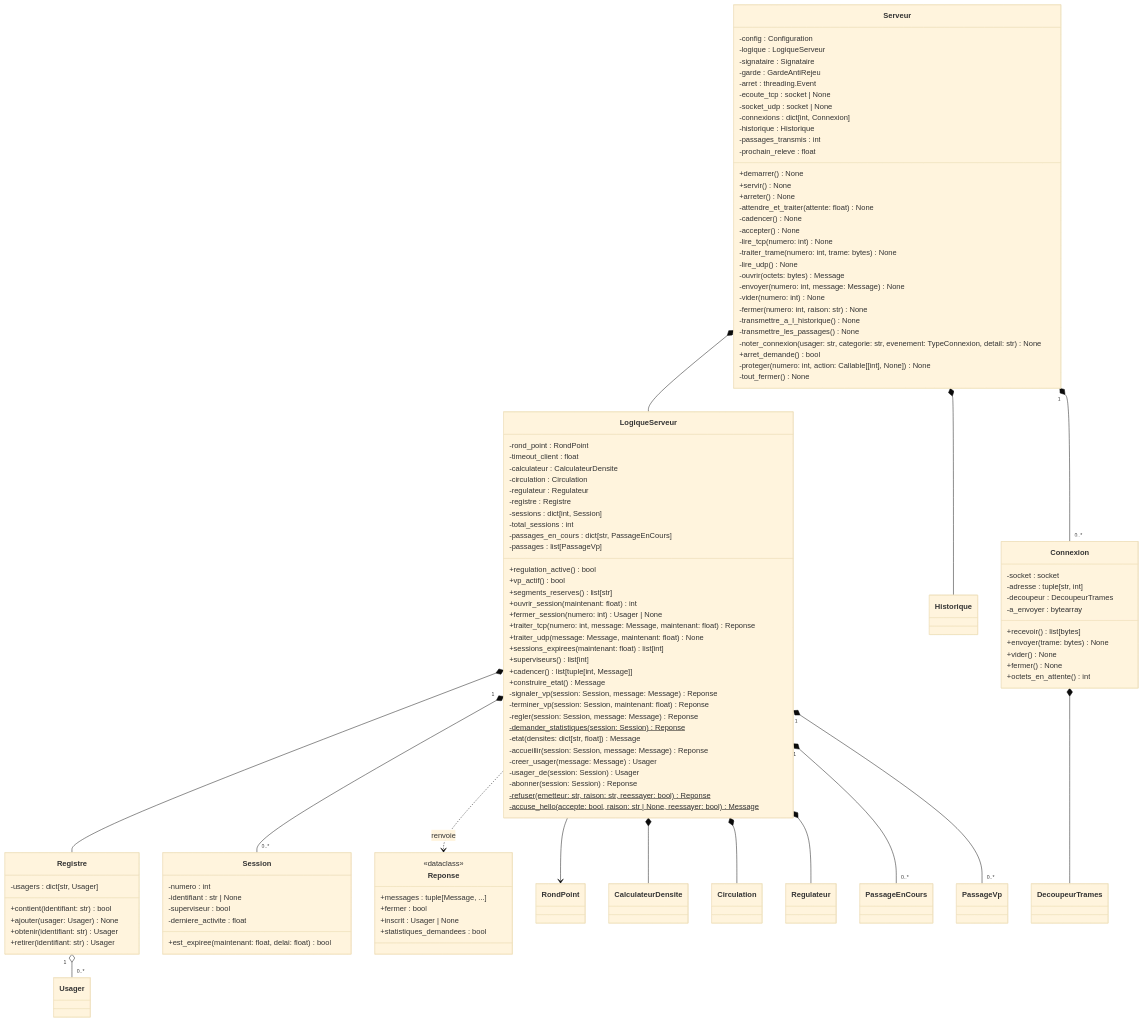
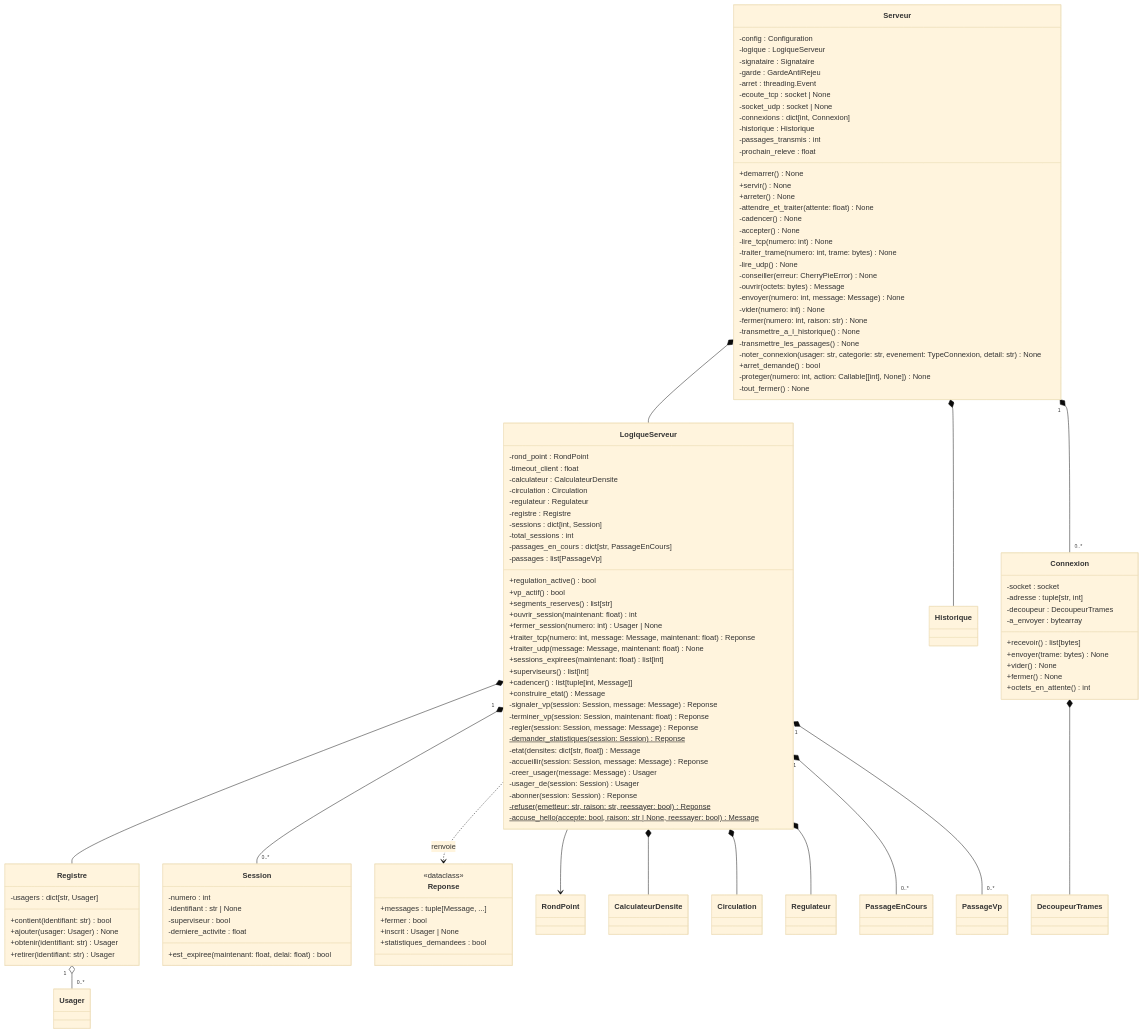
Before and after one commit to vRayzix/SAE3.02_Developper-une-application-communicante: the sixth of 12 diagrams in docs/uml.md, drawn with Mermaid (base theme). The commit also changed other lines of this file and 2 other files, not shown here.

```diff
--- a/docs/uml.md
+++ b/docs/uml.md
@@ -436,6 +439,7 @@
         -lire_tcp(numero: int) None
         -traiter_trame(numero: int, trame: bytes) None
         -lire_udp() None
+        -conseiller(erreur: CherryPieError) None
         -ouvrir(octets: bytes) Message
         -envoyer(numero: int, message: Message) None
         -vider(numero: int) None
```
